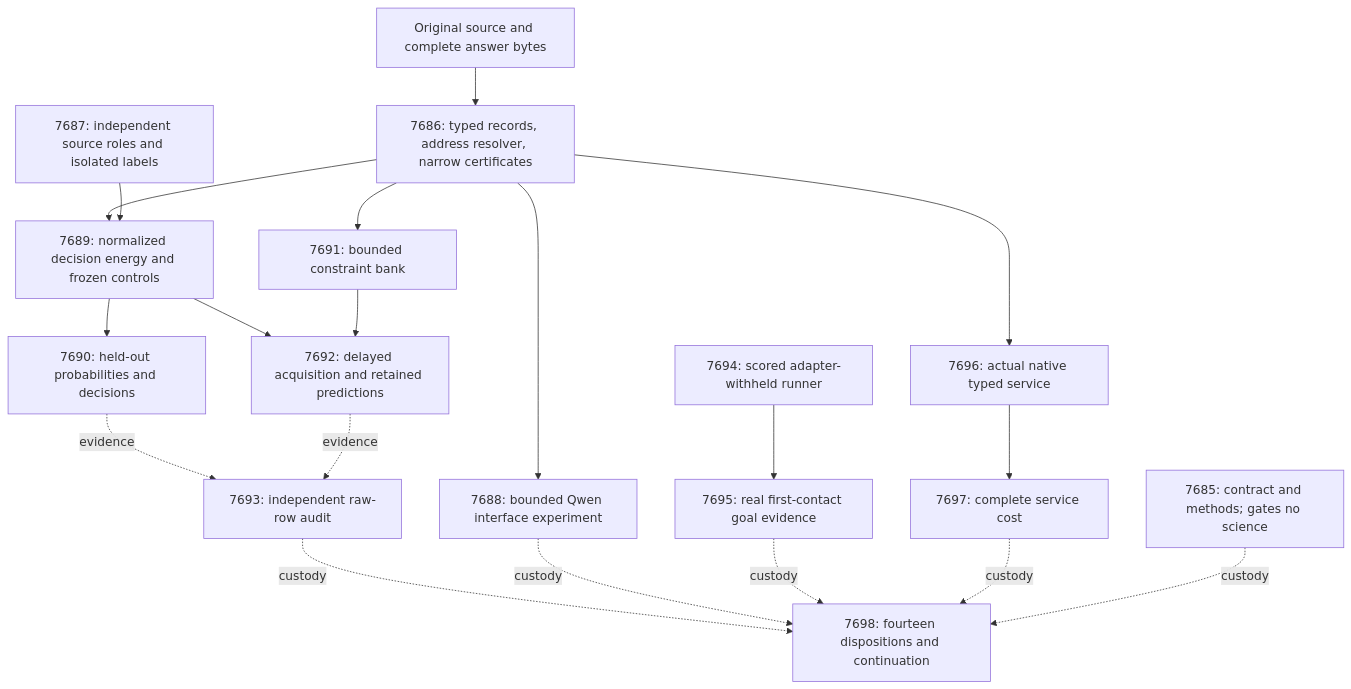
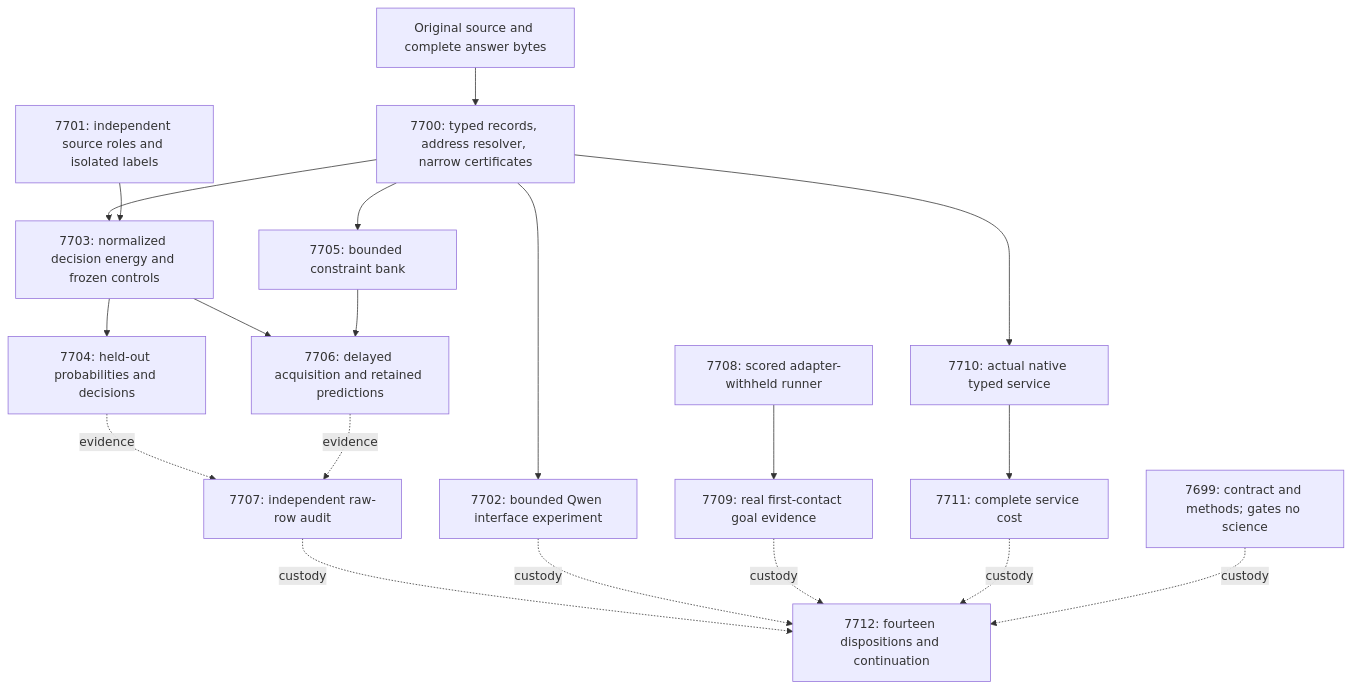
One commit to Carnot-EBM/carnot-ebm changed the diagram in openspec/change-proposals/research-roadmap-vNEXT.md. Above: the diagram before and after it, drawn with Mermaid. The commit also changed other lines of this file and 14 other files, not shown here.

````diff
--- a/openspec/change-proposals/research-roadmap-vNEXT.md
+++ b/openspec/change-proposals/research-roadmap-vNEXT.md
@@ -102,33 +114,33 @@
 ```mermaid
 flowchart TD
     S[Original source and complete answer bytes]
-    R[7686: typed records, address resolver, narrow certificates]
-    C[7687: independent source roles and isolated labels]
-    Q[7688: bounded Qwen interface experiment]
-    E[7689: normalized decision energy and frozen controls]
-    D[7690: held-out probabilities and decisions]
-    B[7691: bounded constraint bank]
-    L[7692: delayed acquisition and retained predictions]
-    A[7693: independent raw-row audit]
-    U[7694: scored adapter-withheld runner]
-    V[7695: real first-contact goal evidence]
-    N[7696: actual native typed service]
-    T[7697: complete service cost]
-    K[7698: fourteen dispositions and continuation]
+    R[7700: typed records, address resolver, narrow certificates]
+    C[7701: independent source roles and isolated labels]
+    Q[7702: bounded Qwen interface experiment]
+    E[7703: normalized decision energy and frozen controls]
+    D[7704: held-out probabilities and decisions]
+    B[7705: bounded constraint bank]
+    L[7706: delayed acquisition and retained predictions]
+    A[7707: independent raw-row audit]
+    U[7708: scored adapter-withheld runner]
+    V[7709: real first-contact goal evidence]
+    N[7710: actual native typed service]
+    T[7711: complete service cost]
+    K[7712: fourteen dispositions and continuation]
     S --> R
     R --> Q
     R --> E
     C --> E --> D
     R --> B
     E --> L
     B --> L
     D -. evidence .-> A
     L -. evidence .-> A
     U --> V
     R --> N --> T
     A -. custody .-> K
     Q -. custody .-> K
     V -. custody .-> K
     T -. custody .-> K
-    M[7685: contract and methods; gates no science] -. custody .-> K
+    M[7699: contract and methods; gates no science] -. custody .-> K
 ```
````
